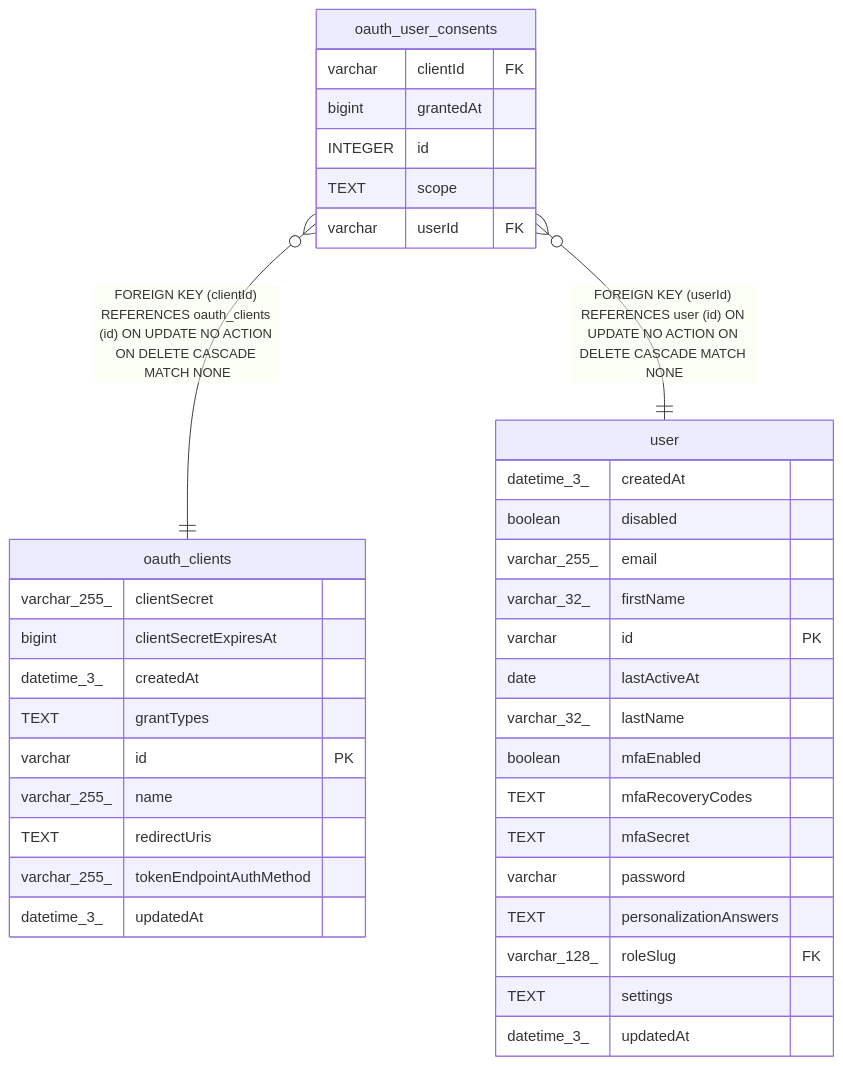
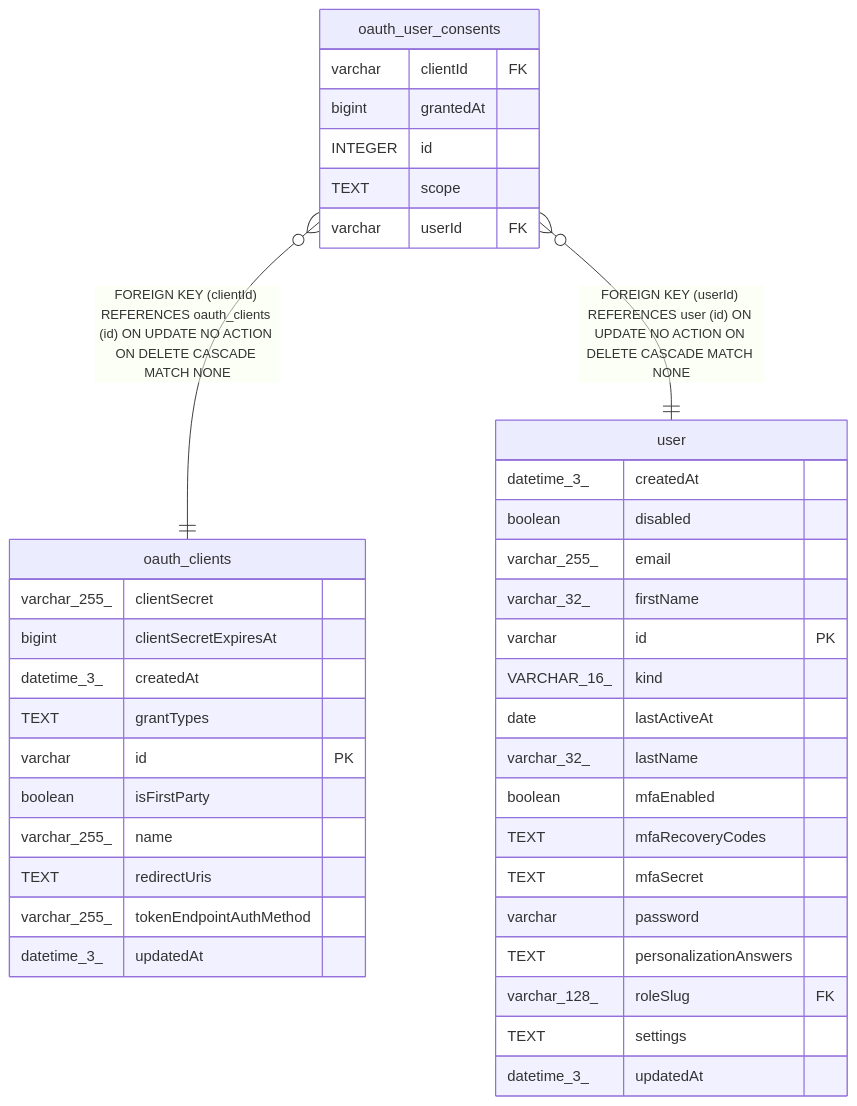
The diagram in n8n_integration/n8n_source/docs/generated/sqlite-schema/oauth_user_consents.md (koreatest12/studys), drawn with Mermaid before and after one commit. The commit also changed 23019 other files, not shown here.

````diff
--- a/n8n_integration/n8n_source/docs/generated/sqlite-schema/oauth_user_consents.md
+++ b/n8n_integration/n8n_source/docs/generated/sqlite-schema/oauth_user_consents.md
@@ -41,42 +41,44 @@
 ```mermaid
 erDiagram
 
 "oauth_user_consents" }o--|| "oauth_clients" : "FOREIGN KEY (clientId) REFERENCES oauth_clients (id) ON UPDATE NO ACTION ON DELETE CASCADE MATCH NONE"
 "oauth_user_consents" }o--|| "user" : "FOREIGN KEY (userId) REFERENCES user (id) ON UPDATE NO ACTION ON DELETE CASCADE MATCH NONE"
 
 "oauth_user_consents" {
   varchar clientId FK
   bigint grantedAt
   INTEGER id
   TEXT scope
   varchar userId FK
 }
 "oauth_clients" {
   varchar_255_ clientSecret
   bigint clientSecretExpiresAt
   datetime_3_ createdAt
   TEXT grantTypes
   varchar id PK
+  boolean isFirstParty
   varchar_255_ name
   TEXT redirectUris
   varchar_255_ tokenEndpointAuthMethod
   datetime_3_ updatedAt
 }
 "user" {
   datetime_3_ createdAt
   boolean disabled
   varchar_255_ email
   varchar_32_ firstName
   varchar id PK
+  VARCHAR_16_ kind
   date lastActiveAt
   varchar_32_ lastName
   boolean mfaEnabled
   TEXT mfaRecoveryCodes
   TEXT mfaSecret
   varchar password
   TEXT personalizationAnswers
   varchar_128_ roleSlug FK
   TEXT settings
   datetime_3_ updatedAt
 }
 ```
````
